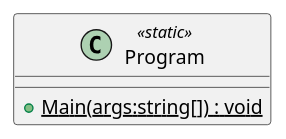
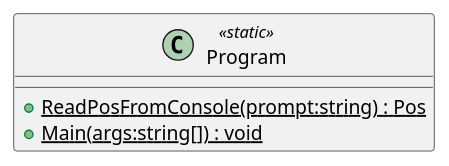
Before and after one commit to jk-ba/Chess: the diagram in plantuml/Program.puml, drawn with PlantUML. The commit also changed 2 other files, not shown here.

```diff
--- a/plantuml/Program.puml
+++ b/plantuml/Program.puml
@@ -1,5 +1,6 @@
 @startuml
 class Program <<static>> {
+    + {static} ReadPosFromConsole(prompt:string) : Pos
     + {static} Main(args:string[]) : void
 }
 @enduml
```
